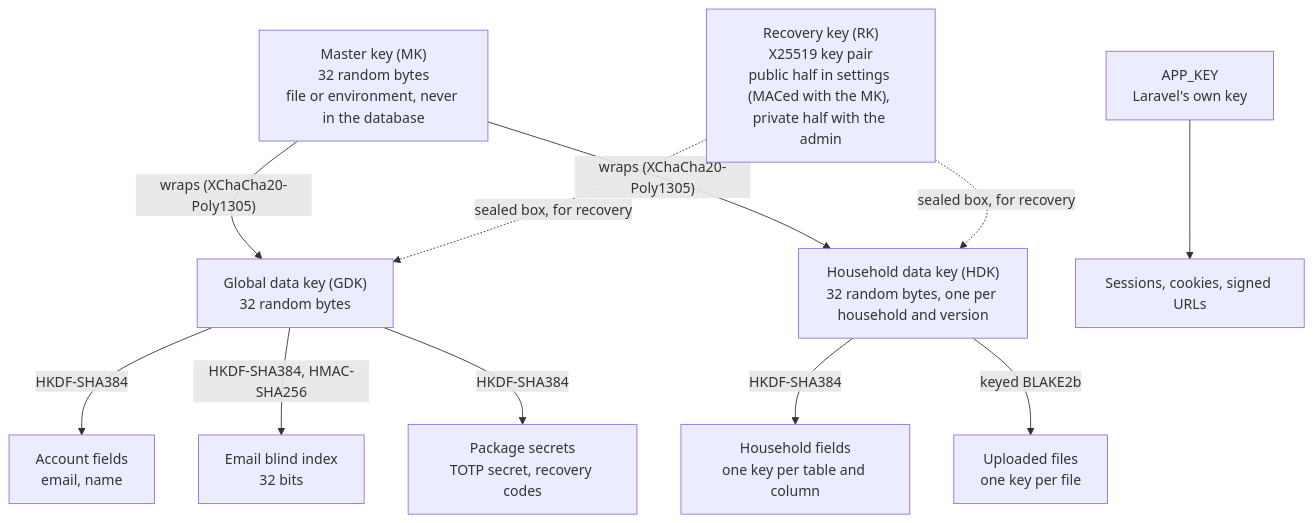
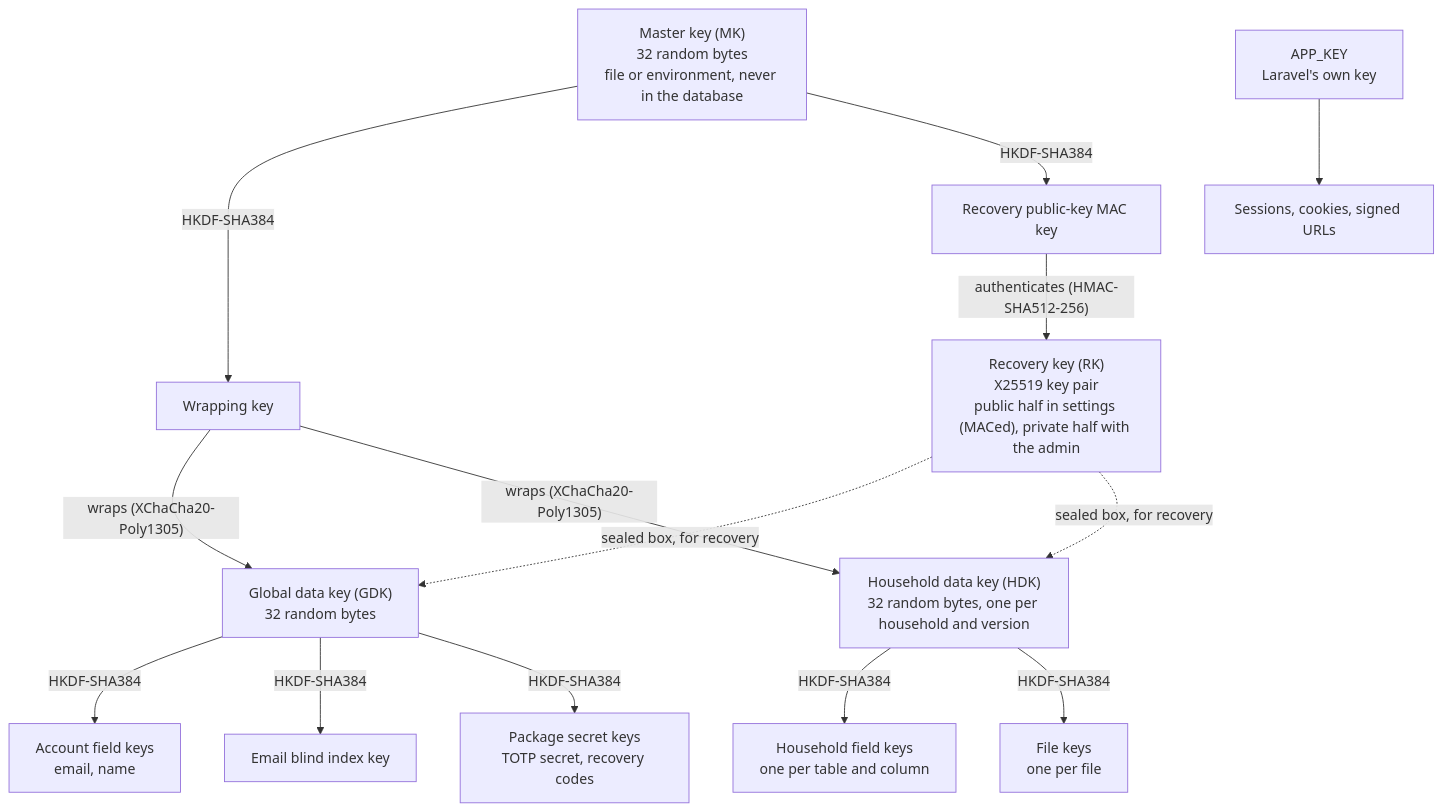
Before and after one commit to muliacode/abonemen: the diagram in docs/security/data-security.md, drawn with Mermaid. The commit also changed other lines of this file and 1 other file, not shown here.

````diff
--- a/docs/security/data-security.md
+++ b/docs/security/data-security.md
@@ -39,25 +58,30 @@
 ```mermaid
 flowchart TD
     MK["Master key (MK)<br/>32 random bytes<br/>file or environment, never in the database"]
-    RK["Recovery key (RK)<br/>X25519 key pair<br/>public half in settings (MACed with the MK), private half with the admin"]
+    WK["Wrapping key"]
+    MACK["Recovery public-key MAC key"]
+    RK["Recovery key (RK)<br/>X25519 key pair<br/>public half in settings (MACed), private half with the admin"]
     GDK["Global data key (GDK)<br/>32 random bytes"]
     HDK["Household data key (HDK)<br/>32 random bytes, one per household and version"]
-    AF["Account fields<br/>email, name"]
-    BI["Email blind index<br/>32 bits"]
-    GE["Package secrets<br/>TOTP secret, recovery codes"]
-    HF["Household fields<br/>one key per table and column"]
-    FI["Uploaded files<br/>one key per file"]
+    AF["Account field keys<br/>email, name"]
+    BI["Email blind index key"]
+    GE["Package secret keys<br/>TOTP secret, recovery codes"]
+    HF["Household field keys<br/>one per table and column"]
+    FI["File keys<br/>one per file"]
     APP["APP_KEY<br/>Laravel's own key"]
     SES["Sessions, cookies, signed URLs"]
 
-    MK -- "wraps (XChaCha20-Poly1305)" --> GDK
-    MK -- "wraps (XChaCha20-Poly1305)" --> HDK
+    MK -- "HKDF-SHA384" --> WK
+    MK -- "HKDF-SHA384" --> MACK
+    WK -- "wraps (XChaCha20-Poly1305)" --> GDK
+    WK -- "wraps (XChaCha20-Poly1305)" --> HDK
+    MACK -- "authenticates (HMAC-SHA512-256)" --> RK
     RK -. "sealed box, for recovery" .-> GDK
     RK -. "sealed box, for recovery" .-> HDK
     GDK -- "HKDF-SHA384" --> AF
-    GDK -- "HKDF-SHA384, HMAC-SHA256" --> BI
+    GDK -- "HKDF-SHA384" --> BI
     GDK -- "HKDF-SHA384" --> GE
     HDK -- "HKDF-SHA384" --> HF
-    HDK -- "keyed BLAKE2b" --> FI
+    HDK -- "HKDF-SHA384" --> FI
     APP --> SES
 ```
````
